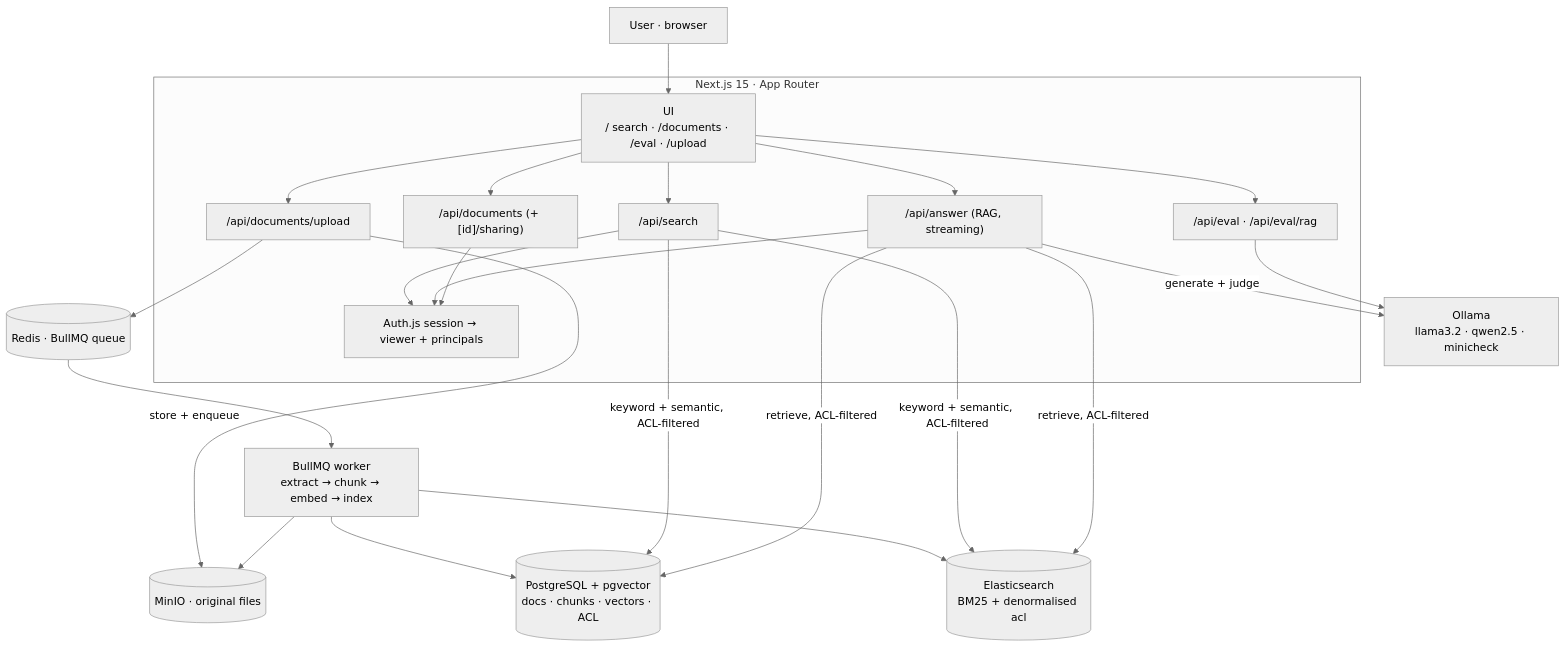
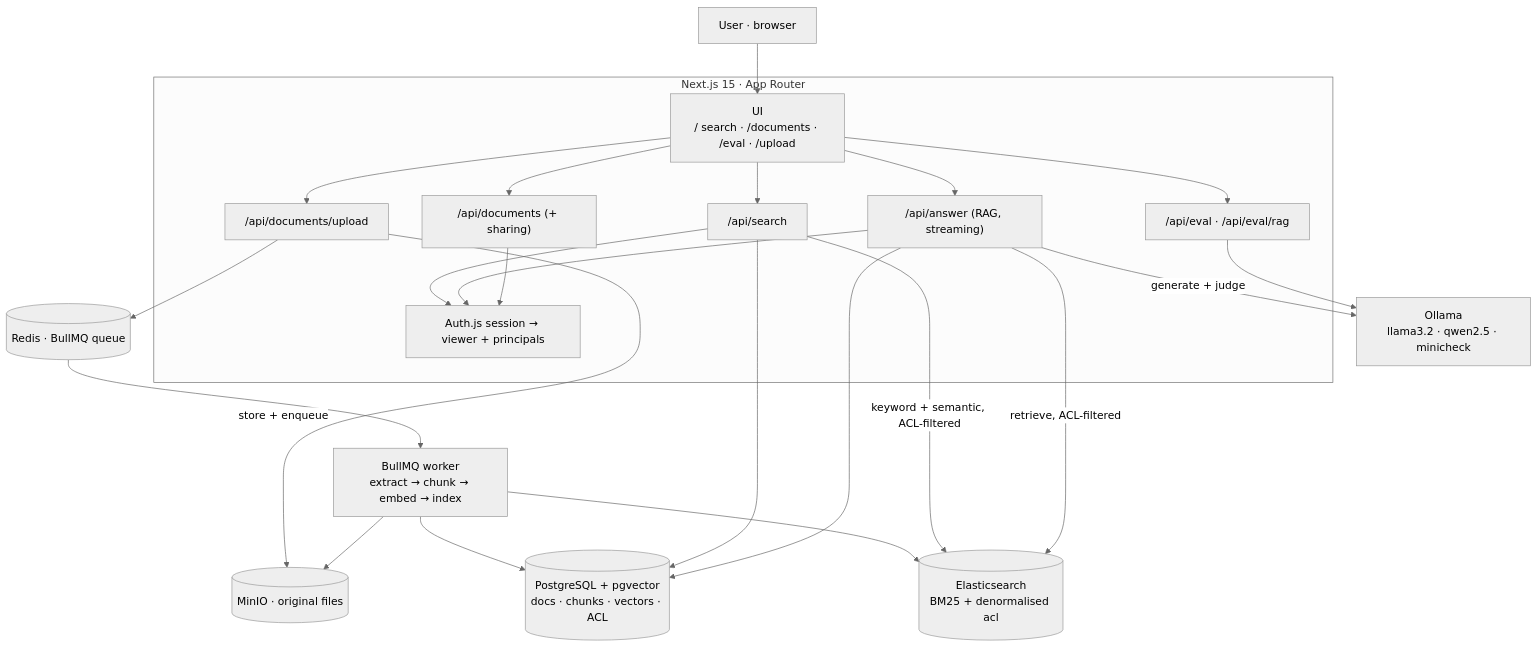
The first of 5 diagrams in README.md (JCHETAN26/IndexFlow), drawn with Mermaid (neutral theme) before and after one commit. The commit also changed other lines of this file, not shown here.

Commit message:
docs: harden mermaid syntax (brackets/ampersand/multi-target edges)

````diff
--- a/README.md
+++ b/README.md
@@ -139,34 +139,36 @@
 ```mermaid
 graph TB
     U["User · browser"]
 
     subgraph APP["Next.js 15 · App Router"]
         UI["UI<br/>/ search · /documents · /eval · /upload"]
         AUTH["Auth.js session → viewer + principals"]
         SEARCH["/api/search"]
         ANSWER["/api/answer (RAG, streaming)"]
-        DOCS["/api/documents (+ [id]/sharing)"]
+        DOCS["/api/documents (+ sharing)"]
         UP["/api/documents/upload"]
         EV["/api/eval · /api/eval/rag"]
     end
 
     WORKER["BullMQ worker<br/>extract → chunk → embed → index"]
 
     PG[("PostgreSQL + pgvector<br/>docs · chunks · vectors · ACL")]
     ES[("Elasticsearch<br/>BM25 + denormalised acl")]
     REDIS[("Redis · BullMQ queue")]
     MINIO[("MinIO · original files")]
     OLLAMA["Ollama<br/>llama3.2 · qwen2.5 · minicheck"]
 
     U --> UI
     UI --> SEARCH & ANSWER & DOCS & UP & EV
     SEARCH & ANSWER & DOCS --> AUTH
-    UP -->|store + enqueue| MINIO
+    UP -->|"store + enqueue"| MINIO
     UP --> REDIS
     REDIS --> WORKER
     WORKER --> MINIO & PG & ES
-    SEARCH -->|keyword + semantic, ACL-filtered| ES & PG
-    ANSWER -->|retrieve, ACL-filtered| ES & PG
-    ANSWER -->|generate + judge| OLLAMA
+    SEARCH -->|"keyword + semantic, ACL-filtered"| ES
+    SEARCH --> PG
+    ANSWER -->|"retrieve, ACL-filtered"| ES
+    ANSWER --> PG
+    ANSWER -->|"generate + judge"| OLLAMA
     EV --> OLLAMA
 ```
````
